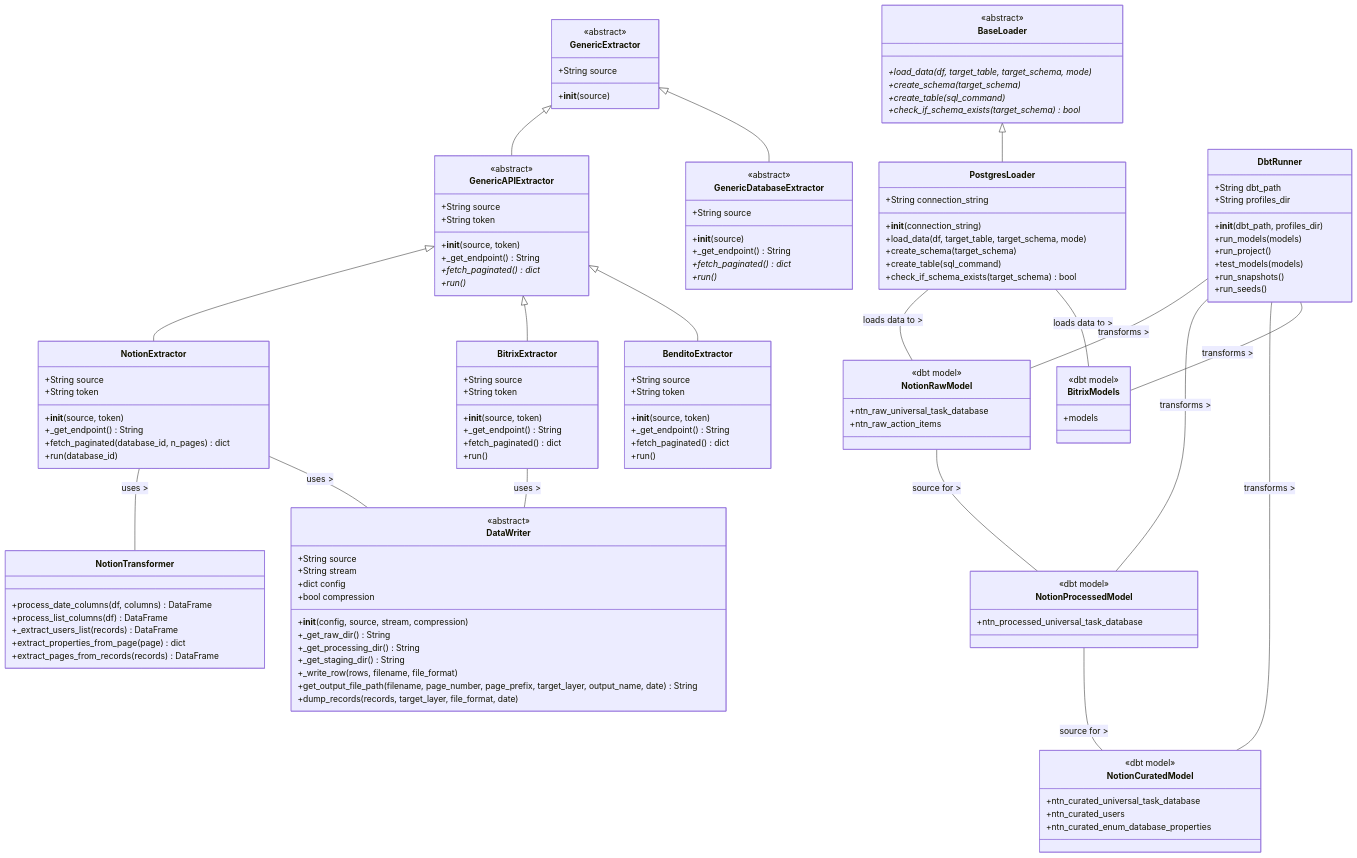
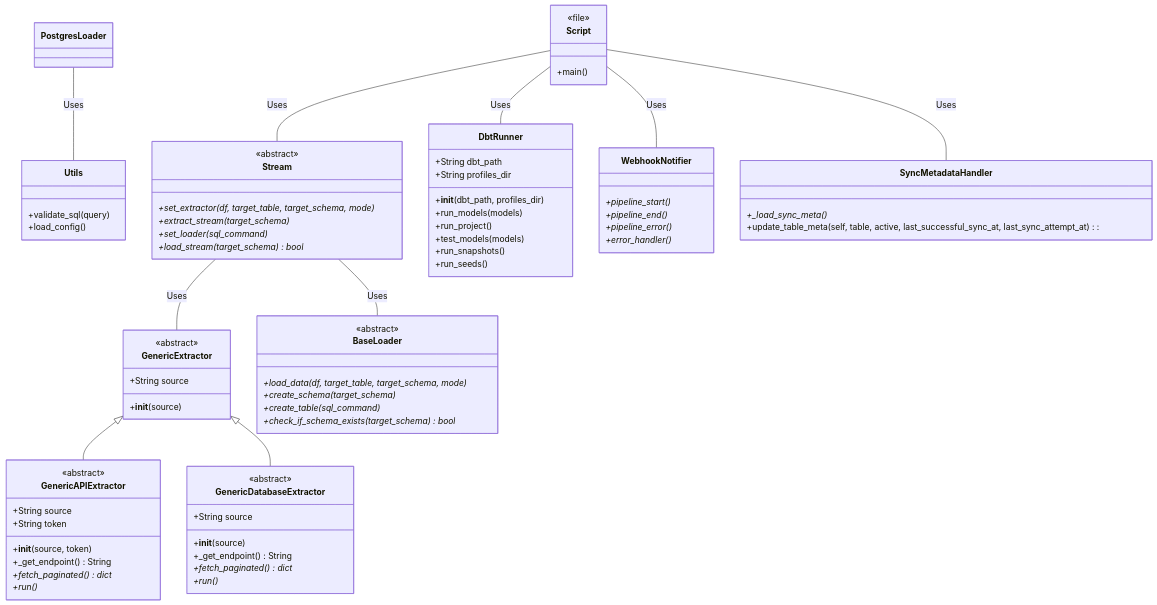
The diagram in readme.md (strangercacaus/bdt_data_integration), drawn with Mermaid before and after one commit. The commit also changed other lines of this file and 24 other files, not shown here.

````diff
--- a/readme.md
+++ b/readme.md
@@ -47,10 +72,25 @@
 ``` mermaid
 classDiagram
     %% Abstract Base Classes
+
+    class Script {
+        <<file>>
+        +main()
+    }
+
     class GenericExtractor {
         <<abstract>>
         +String source
         +__init__(source)
+    }
+
+    class GenericDatabaseExtractor {
+        <<abstract>>
+        +String source
+        +__init__(source)
+        +_get_endpoint() String
+        +fetch_paginated() dict*
+        +run()*
     }
     
     class GenericAPIExtractor {
@@ -63,15 +103,6 @@
         +run()*
     }
     
-    class GenericDatabaseExtractor {
-        <<abstract>>
-        +String source
-        +__init__(source)
-        +_get_endpoint() String
-        +fetch_paginated() dict*
-        +run()*
-    }
-    
     class BaseLoader {
         <<abstract>>
         +load_data(df, target_table, target_schema, mode)*
@@ -79,67 +110,35 @@
         +create_table(sql_command)*
         +check_if_schema_exists(target_schema) bool*
     }
-    
-    class DataWriter {
+
+    class Stream {
         <<abstract>>
-        +String source
-        +String stream
-        +dict config
-        +bool compression
-        +__init__(config, source, stream, compression)
-        +_get_raw_dir() String
-        +_get_processing_dir() String
-        +_get_staging_dir() String
-        +_write_row(rows, filename, file_format)
-        +get_output_file_path(filename, page_number, page_prefix, target_layer, output_name, date) String
-        +dump_records(records, target_layer, file_format, date)
+        +set_extractor(df, target_table, target_schema, mode)*
+        +extract_stream(target_schema)*
+        +set_loader(sql_command)*
+        +load_stream(target_schema) bool*
     }
     
     %% Concrete Implementations
-    class NotionExtractor {
-        +String source
-        +String token
-        +__init__(source, token)
-        +_get_endpoint() String
-        +fetch_paginated(database_id, n_pages) dict
-        +run(database_id)
+
+    class Utils{
+        +validate_sql(query)
+        +load_config()
+
+    }
+
+    class SyncMetadataHandler {
+        +_load_sync_meta()*
+       +update_table_meta(self, table, active, last_successful_sync_at, last_sync_attempt_at):
     }
     
-    class BitrixExtractor {
-        +String source
-        +String token
-        +__init__(source, token)
-        +_get_endpoint() String
-        +fetch_paginated() dict
-        +run()
+    class WebhookNotifier{
+        +pipeline_start()*
+        +pipeline_end()*
+        +pipeline_error()*
+        +error_handler()*
     }
-    
-    class BenditoExtractor {
-        +String source
-        +String token
-        +__init__(source, token)
-        +_get_endpoint() String
-        +fetch_paginated() dict
-        +run()
-    }
-    
-    class PostgresLoader {
-        +String connection_string
-        +__init__(connection_string)
-        +load_data(df, target_table, target_schema, mode)
-        +create_schema(target_schema)
-        +create_table(sql_command)
-        +check_if_schema_exists(target_schema) bool
-    }
-    
-    class NotionTransformer {
-        +process_date_columns(df, columns) DataFrame
-        +process_list_columns(df) DataFrame
-        +_extract_users_list(records) DataFrame
-        +extract_properties_from_page(page) dict
-        +extract_pages_from_records(records) DataFrame
-    }
-    
+
     class DbtRunner {
         +String dbt_path
         +String profiles_dir
@@ -150,53 +149,19 @@
         +run_snapshots()
         +run_seeds()
     }
-    
-    %% DBT Models (Representação conceptual)
-    class NotionRawModel {
-        <<dbt model>>
-        +ntn_raw_universal_task_database
-        +ntn_raw_action_items
-    }
-    
-    class NotionProcessedModel {
-        <<dbt model>>
-        +ntn_processed_universal_task_database
-    }
-    
-    class NotionCuratedModel {
-        <<dbt model>>
-        +ntn_curated_universal_task_database
-        +ntn_curated_users
-        +ntn_curated_enum_database_properties
-    }
-    
-    class BitrixModels {
-        <<dbt model>>
-        +models
-    }
-    
+
     %% Relationships
     GenericExtractor <|-- GenericAPIExtractor
     GenericExtractor <|-- GenericDatabaseExtractor
-    
-    GenericAPIExtractor <|-- NotionExtractor
-    GenericAPIExtractor <|-- BitrixExtractor
-    GenericAPIExtractor <|-- BenditoExtractor
-    
-    BaseLoader <|-- PostgresLoader
-    
-    NotionExtractor -- NotionTransformer : uses >
-    NotionExtractor -- DataWriter : uses >
-    BitrixExtractor -- DataWriter : uses >
-    
-    PostgresLoader -- NotionRawModel : loads data to >
-    PostgresLoader -- BitrixModels : loads data to >
-    
-    DbtRunner -- NotionRawModel : transforms >
-    DbtRunner -- NotionProcessedModel : transforms >
-    DbtRunner -- NotionCuratedModel : transforms >
-    DbtRunner -- BitrixModels : transforms >
-    
-    NotionRawModel -- NotionProcessedModel : source for >
-    NotionProcessedModel -- NotionCuratedModel : source for >
+
+    Stream -- GenericExtractor: Uses
+    Stream -- BaseLoader: Uses   
+
+    PostgresLoader -- Utils: Uses 
+
+    Script -- Stream: Uses
+    Script -- DbtRunner: Uses
+    Script -- WebhookNotifier: Uses
+    Script -- SyncMetadataHandler: Uses
+
 ```
````
